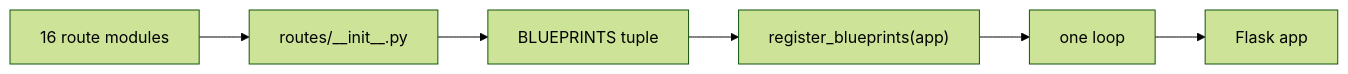
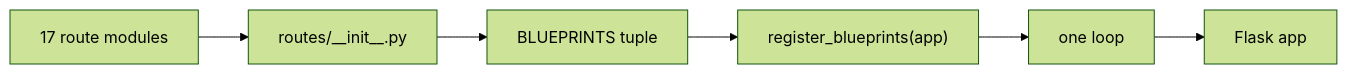
One commit to jennarbates/StratigraphyGenerator changed the diagram in docs/cs/blueprint-and-plugin-registries.md. Above: the diagram before and after it, drawn with Mermaid (forest theme). The commit also changed other lines of this file and 202 other files, not shown here.

````diff
--- a/docs/cs/blueprint-and-plugin-registries.md
+++ b/docs/cs/blueprint-and-plugin-registries.md
@@ -39,8 +39,8 @@
 ```mermaid
 flowchart LR
-  M["16 route modules"] --> I["routes/__init__.py"]
+  M["17 route modules"] --> I["routes/__init__.py"]
   I --> T["BLUEPRINTS tuple"]
   T --> L["register_blueprints(app)"]
   L --> A["one loop"]
   A --> App["Flask app"]
 ```
````
